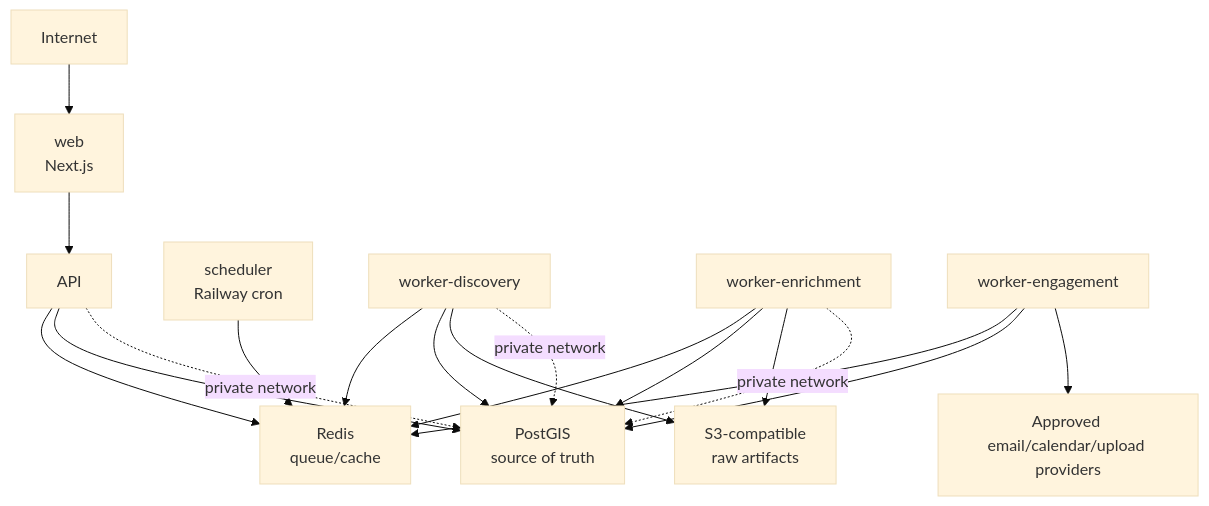
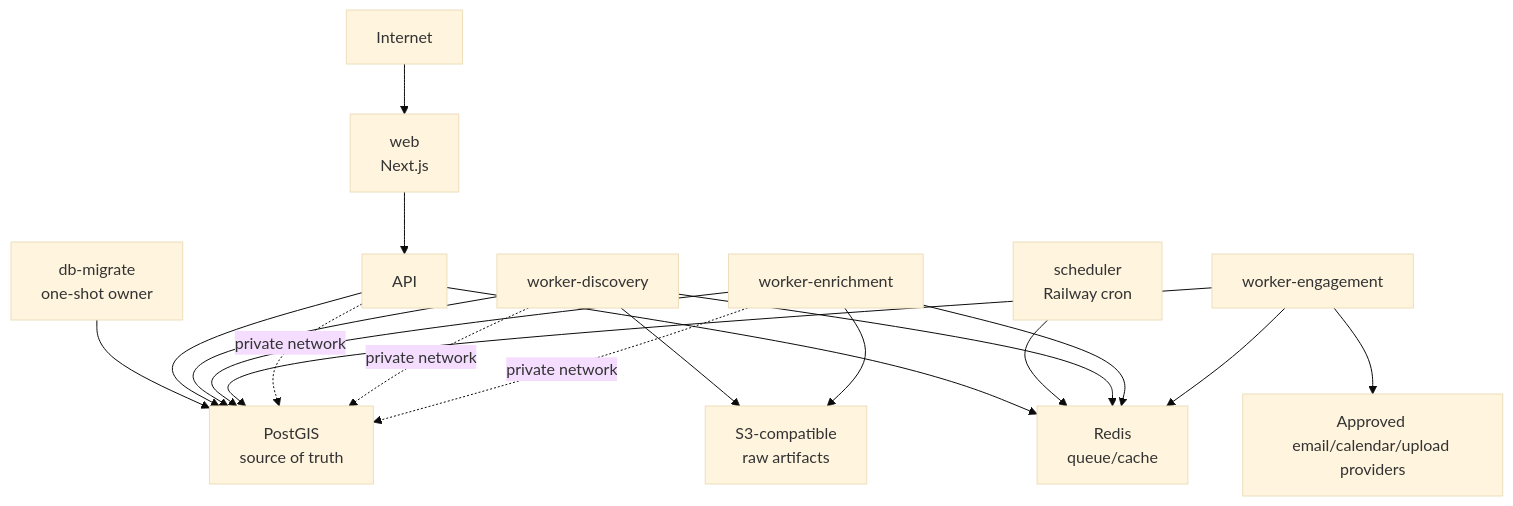
One commit to worldofhacks/seekandscore changed the diagram in docs/RAILWAY_DEPLOYMENT.md. Above: the diagram before and after it, drawn with Mermaid (base theme). The commit also changed other lines of this file and 103 other files, not shown here.

````diff
--- a/docs/RAILWAY_DEPLOYMENT.md
+++ b/docs/RAILWAY_DEPLOYMENT.md
@@ -46,24 +46,25 @@
 ```mermaid
 flowchart TB
   Internet --> Web["web<br/>Next.js"]
   Web --> API
+  Migrate["db-migrate<br/>one-shot owner"] --> PostGIS
 
   API --> Redis["Redis<br/>queue/cache"]
   API --> PostGIS["PostGIS<br/>source of truth"]
 
   Scheduler["scheduler<br/>Railway cron"] --> Redis
   Discovery["worker-discovery"] --> Redis
   Discovery --> PostGIS
   Discovery --> Objects["S3-compatible<br/>raw artifacts"]
   Enrichment["worker-enrichment"] --> Redis
   Enrichment --> PostGIS
   Enrichment --> Objects
 
   Engagement["worker-engagement"] --> Redis
   Engagement --> PostGIS
   Engagement --> Providers["Approved email/calendar/upload providers"]
 
   API -. private network .-> PostGIS
   Discovery -. private network .-> PostGIS
   Enrichment -. private network .-> PostGIS
 ```
````
